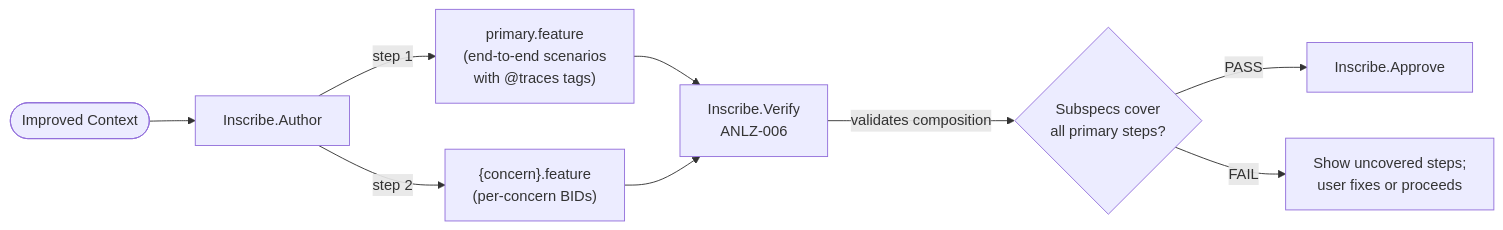
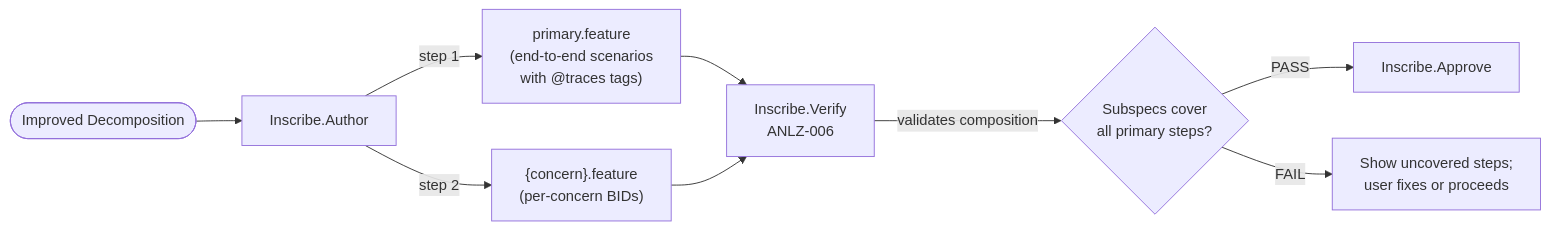
The third of 5 diagrams in docs/diagrams/diagrams.md (v0idbit/haileris), drawn with Mermaid before and after one commit. The commit also changed other lines of this file and 3 other files, not shown here.

First line of the commit message:
docs: fix stale terminology and diagram inconsistencies

````diff
--- a/docs/diagrams/diagrams.md
+++ b/docs/diagrams/diagrams.md
@@ -123,14 +126,14 @@
 ```mermaid
 flowchart LR
-    IEC([Improved Context]) --> AUTH["Inscribe.Author"]
+    ID([Improved Decomposition]) --> AUTH["Inscribe.Author"]
 
     AUTH -->|"step 1"| PS["primary.feature<br>(end-to-end scenarios<br>with @traces tags)"]
     AUTH -->|"step 2"| CS["{concern}.feature<br>(per-concern BIDs)"]
 
     PS --> V["Inscribe.Verify<br>ANLZ-006"]
     CS --> V
 
     V -->|"validates composition"| RESULT{"Subspecs cover<br>all primary steps?"}
     RESULT -->|PASS| AP["Inscribe.Approve"]
     RESULT -->|FAIL| FIX["Show uncovered steps;<br>user fixes or proceeds"]
 ```
````
